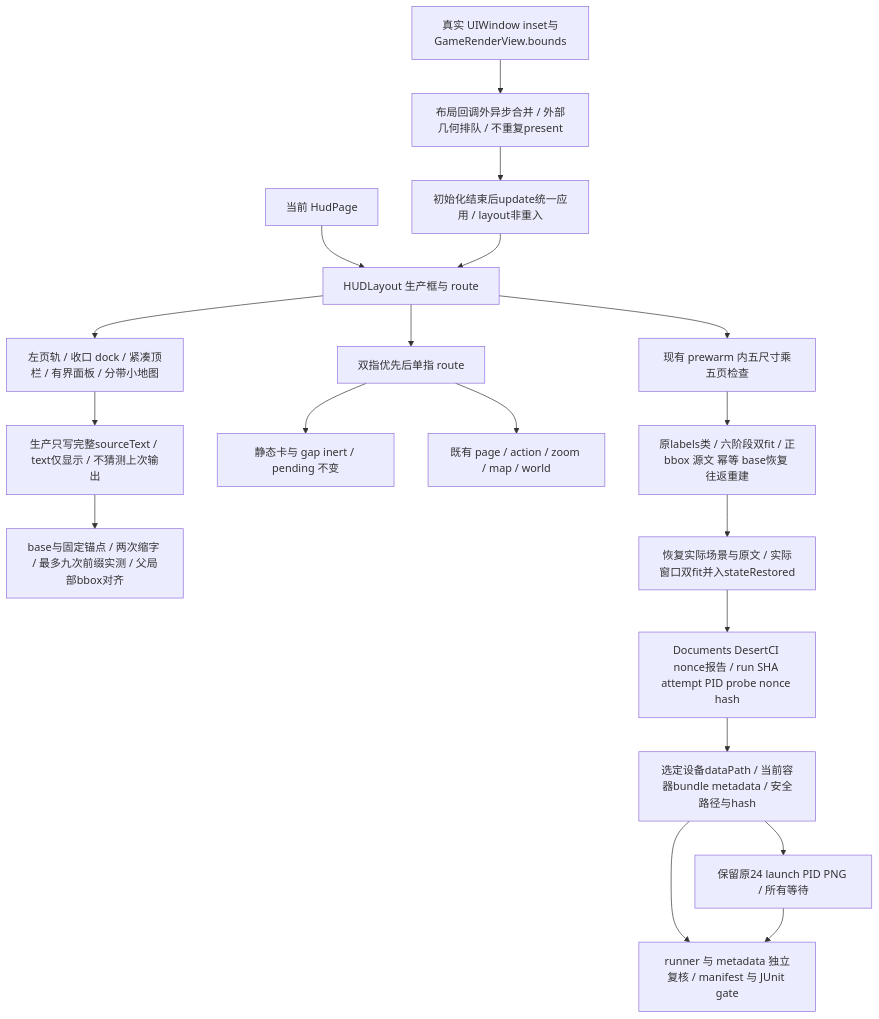
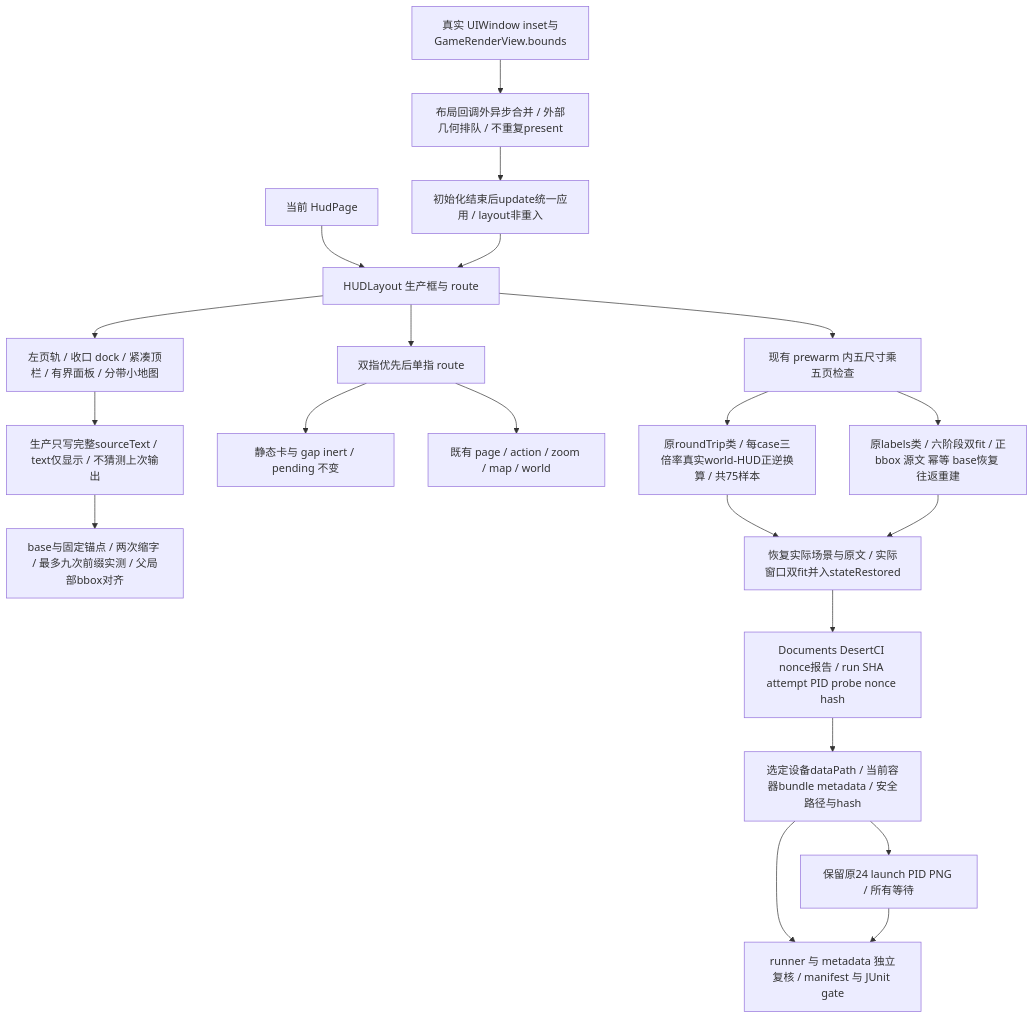
The fourth of 8 diagrams in md/flow/flowchart.md (Altman-sam114/1145), drawn with Mermaid before and after one commit. The commit also changed other lines of this file and 9 other files, not shown here.

````diff
--- a/md/flow/flowchart.md
+++ b/md/flow/flowchart.md
@@ -193,21 +193,23 @@
 ```mermaid
 flowchart TD
   Window[真实 UIWindow inset与GameRenderView.bounds] --> Pending[布局回调外异步合并 / 外部几何排队 / 不重复present]
   Pending --> SceneInsets[初始化结束后update统一应用 / layout非重入]
   Page[当前 HudPage] --> Layout[HUDLayout 生产框与 route]
   SceneInsets --> Layout
   Layout --> Draw[左页轨 / 收口 dock / 紧凑顶栏 / 有界面板 / 分带小地图]
   Draw --> Source[生产只写完整sourceText / text仅显示 / 不猜测上次输出]
   Source --> Fit[base与固定锚点 / 两次缩字 / 最多九次前缀实测 / 父局部bbox对齐]
   Layout --> Touch[双指优先后单指 route]
   Touch --> Inert[静态卡与 gap inert / pending 不变]
   Touch --> Command[既有 page / action / zoom / map / world]
   Layout --> SwiftContract[现有 prewarm 内五尺寸乘五页检查]
   SwiftContract --> LabelAudit[原labels类 / 六阶段双fit / 正bbox 源文 幂等 base恢复 往返重建]
+  SwiftContract --> ViewportAudit[原roundTrip类 / 每case三倍率真实world-HUD正逆换算 / 共75样本]
+  ViewportAudit --> Restore
   LabelAudit --> Restore[恢复实际场景与原文 / 实际窗口双fit并入stateRestored]
   Restore --> JSON[Documents DesertCI nonce报告 / run SHA attempt PID probe nonce hash]
   JSON --> Read[选定设备dataPath / 当前容器bundle metadata / 安全路径与hash]
   Read --> Gate[runner 与 metadata 独立复核 / manifest 与 JUnit gate]
   Read --> Capture[保留原24 launch PID PNG / 所有等待]
   Capture --> Gate
 ```
````
